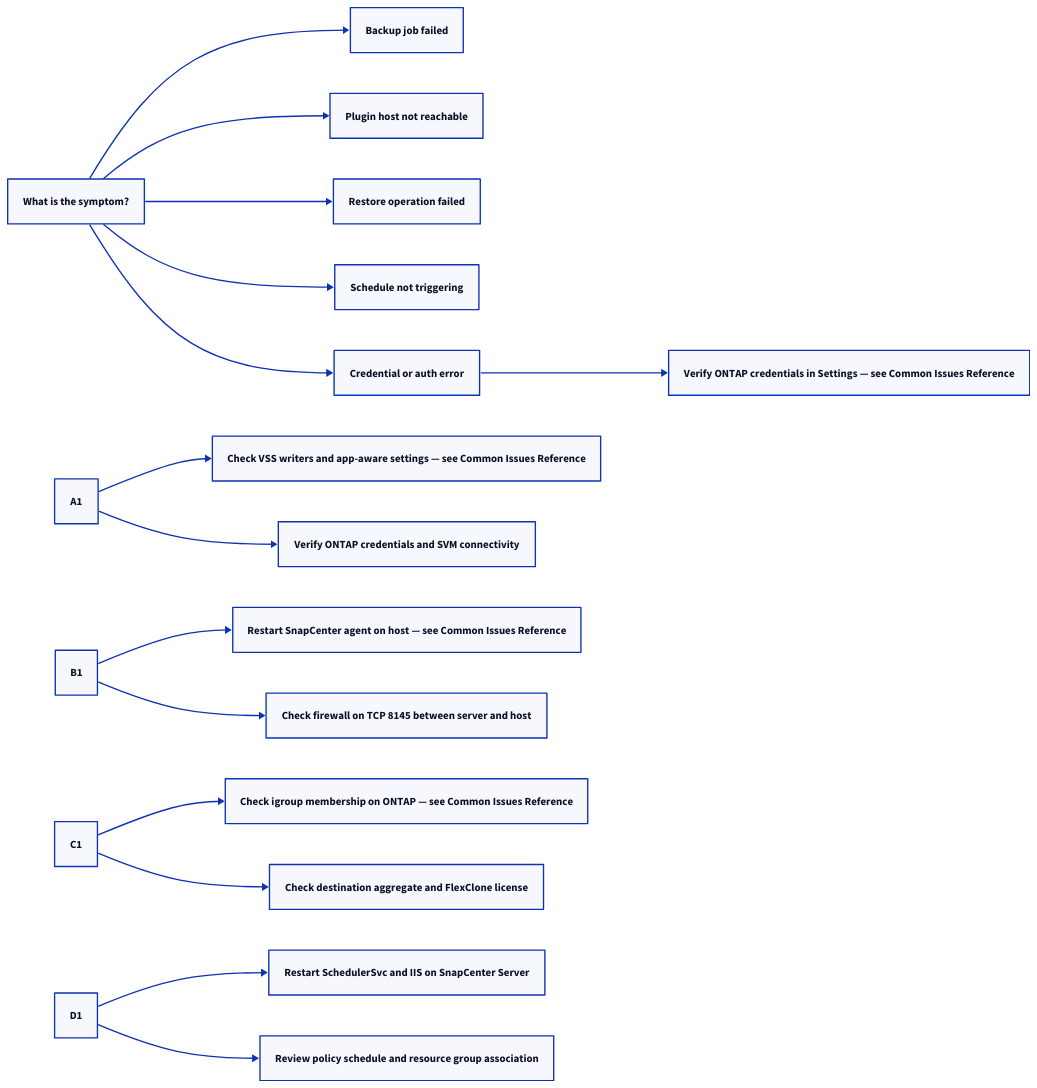
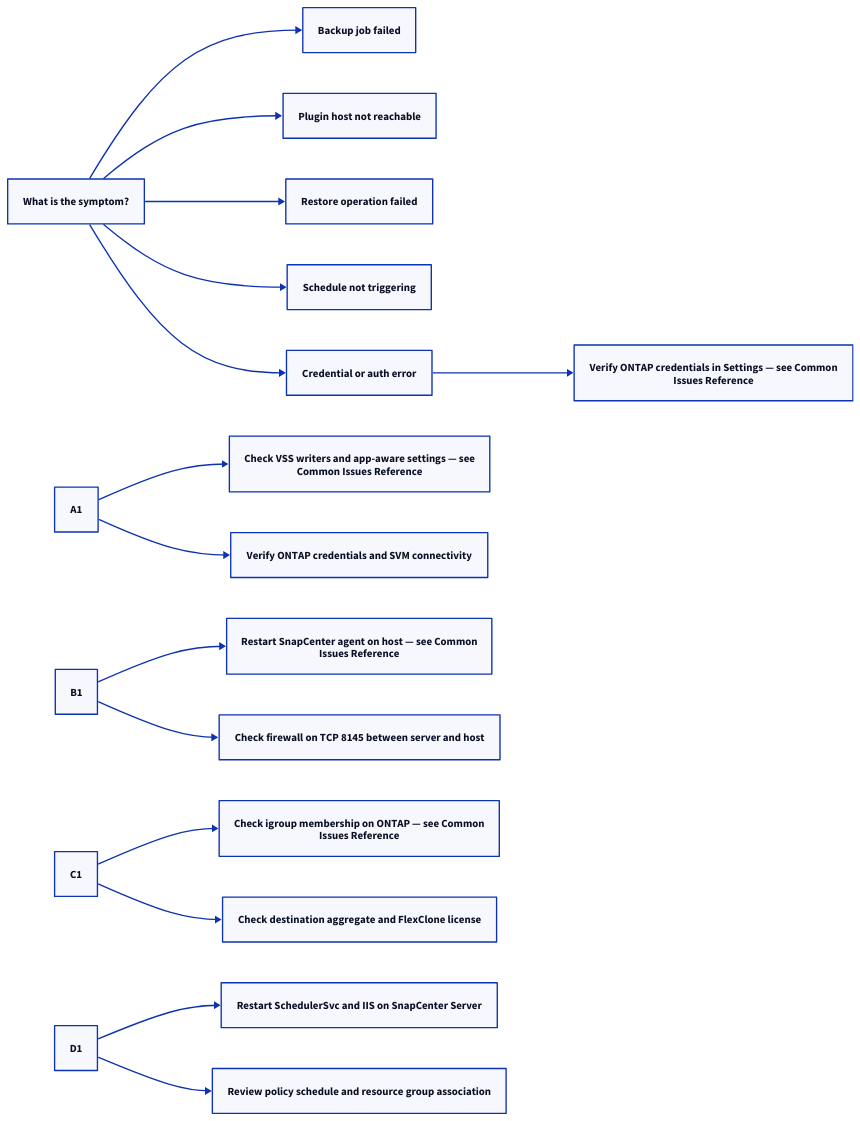
The second of 2 diagrams in docs/storage/netapp/snapcenter/troubleshooting/common-issues.md (canast01/chris-kb), drawn with D2 before and after one commit. The commit also changed 192 other files, not shown here.

````diff
--- a/docs/storage/netapp/snapcenter/troubleshooting/common-issues.md
+++ b/docs/storage/netapp/snapcenter/troubleshooting/common-issues.md
@@ -38,38 +38,38 @@
 ```d2
 direction: right
 
 S: "What is the symptom?" {shape: rectangle}
 A: "Backup job failed" {shape: rectangle}
 B: "Plugin host not reachable" {shape: rectangle}
 C: "Restore operation failed" {shape: rectangle}
 D: "Schedule not triggering" {shape: rectangle}
 E: "Credential or auth error" {shape: rectangle}
 A1: "A1" {shape: rectangle}
-A2: "Check VSS writers and app-aware settings — see Common Issues Reference" {shape: rectangle}
+A2: "Check VSS writers and app-aware settings — see\nCommon Issues Reference" {shape: rectangle}
 A3: "Verify ONTAP credentials and SVM connectivity" {shape: rectangle}
 B1: "B1" {shape: rectangle}
-B2: "Restart SnapCenter agent on host — see Common Issues Reference" {shape: rectangle}
+B2: "Restart SnapCenter agent on host — see Common\nIssues Reference" {shape: rectangle}
 B3: "Check firewall on TCP 8145 between server and host" {shape: rectangle}
 C1: "C1" {shape: rectangle}
-C2: "Check igroup membership on ONTAP — see Common Issues Reference" {shape: rectangle}
+C2: "Check igroup membership on ONTAP — see Common\nIssues Reference" {shape: rectangle}
 C3: "Check destination aggregate and FlexClone license" {shape: rectangle}
 D1: "D1" {shape: rectangle}
 D2: "Restart SchedulerSvc and IIS on SnapCenter Server" {shape: rectangle}
 D3: "Review policy schedule and resource group association" {shape: rectangle}
-E1: "Verify ONTAP credentials in Settings — see Common Issues Reference" {shape: rectangle}
+E1: "Verify ONTAP credentials in Settings — see Common\nIssues Reference" {shape: rectangle}
 
 S -> A
 S -> B
 S -> C
 S -> D
 S -> E
 A1 -> A2
 A1 -> A3
 B1 -> B2
 B1 -> B3
 C1 -> C2
 C1 -> C3
 D1 -> D2
 D1 -> D3
 E -> E1
 ```
````
